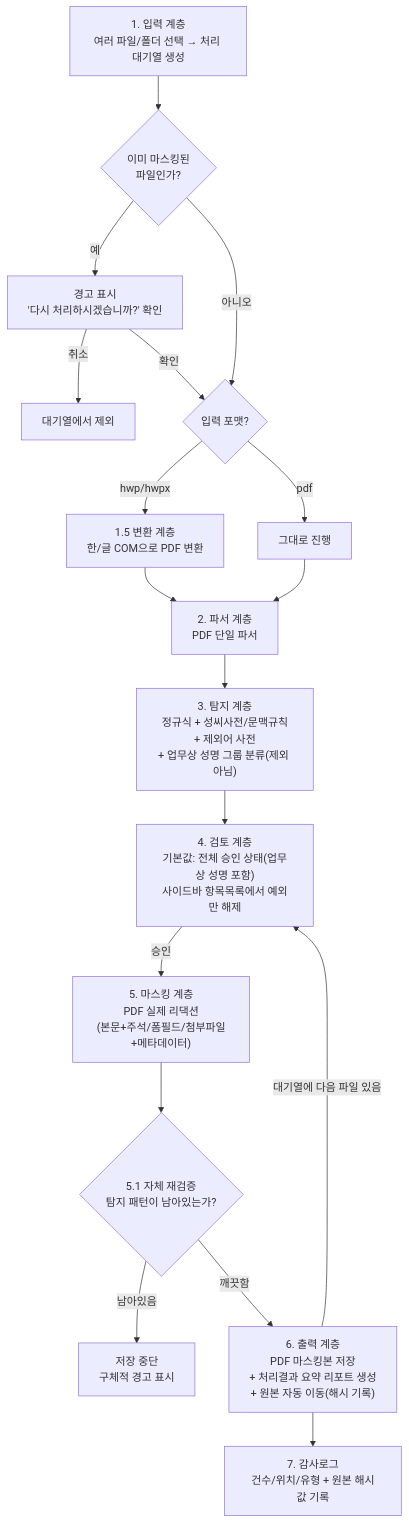
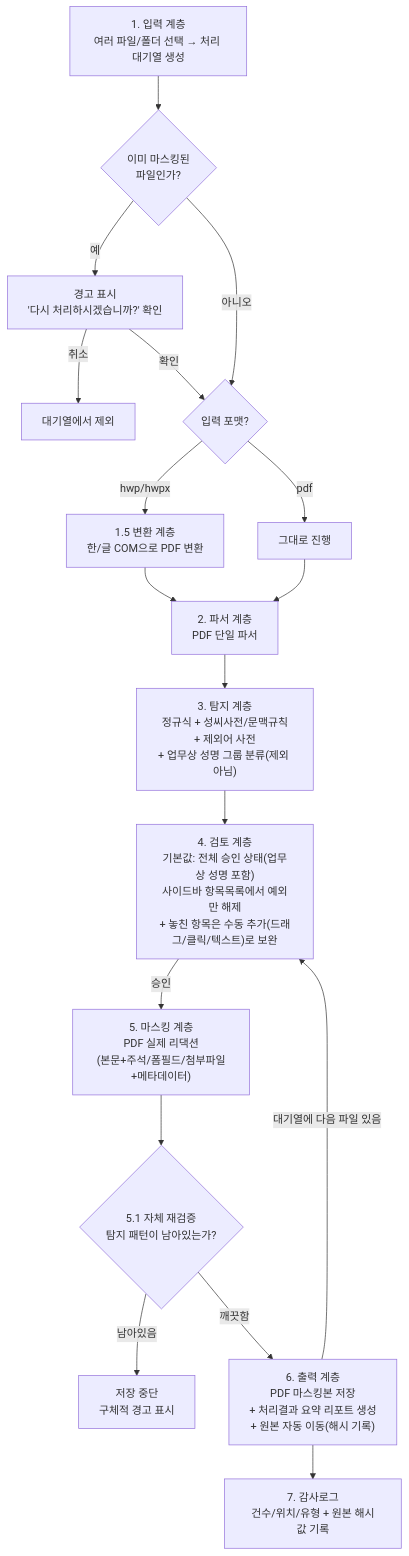
Before and after one commit to haechyaning-commits/ar: the diagram in docs/masking-architecture.md, drawn with Mermaid. The commit also changed other lines of this file, not shown here.

Commit message:
Sync v14 re-eval callout and section-5 diagram with actual doc state
The 12-header callout added when bumping to v14 still told the reader
to redo the evaluation "at v13" -- stale the moment the version bump
that introduced it landed. Point it at "now" instead of a version
number that will just go stale again next bump.

Section 5's flowchart still described the review layer exactly as it
was pre-v13 ("전체승인 + 예외만 해제"), with no trace of manual
addition (6.3.1) even though 6.3.1 is designed as the primary
safeguard against detection misses. Added a line to the review-layer
node so the high-level picture doesn't contradict the detailed design
three sections later.

Claude-Session: https://claude.ai/code/session_01NfqS1WYWsQjJMBEHagKhc5

````diff
--- a/docs/masking-architecture.md
+++ b/docs/masking-architecture.md
@@ -43,20 +43,20 @@
 ```mermaid
 flowchart TD
     A["1. 입력 계층\n여러 파일/폴더 선택 → 처리 대기열 생성"] --> A2{"이미 마스킹된\n파일인가?"}
     A2 -->|예| A3["경고 표시\n'다시 처리하시겠습니까?' 확인"]
     A3 -->|취소| Z["대기열에서 제외"]
     A3 -->|확인| B0
     A2 -->|아니오| B0{"입력 포맷?"}
     B0 -->|hwp/hwpx| B1["1.5 변환 계층\n한/글 COM으로 PDF 변환"]
     B0 -->|pdf| B2["그대로 진행"]
     B1 --> B["2. 파서 계층\nPDF 단일 파서"]
     B2 --> B
     B --> C["3. 탐지 계층\n정규식 + 성씨사전/문맥규칙\n+ 제외어 사전\n+ 업무상 성명 그룹 분류(제외 아님)"]
-    C --> D["4. 검토 계층\n기본값: 전체 승인 상태(업무상 성명 포함)\n사이드바 항목목록에서 예외만 해제"]
+    C --> D["4. 검토 계층\n기본값: 전체 승인 상태(업무상 성명 포함)\n사이드바 항목목록에서 예외만 해제\n+ 놓친 항목은 수동 추가(드래그/클릭/텍스트)로 보완"]
     D -->|승인| E["5. 마스킹 계층\nPDF 실제 리댁션\n(본문+주석/폼필드/첨부파일+메타데이터)"]
     E --> H{"5.1 자체 재검증\n탐지 패턴이 남아있는가?"}
     H -->|남아있음| H2["저장 중단\n구체적 경고 표시"]
     H -->|깨끗함| F["6. 출력 계층\nPDF 마스킹본 저장\n+ 처리결과 요약 리포트 생성\n+ 원본 자동 이동(해시 기록)"]
     F --> G["7. 감사로그\n건수/위치/유형 + 원본 해시값 기록"]
     F -->|대기열에 다음 파일 있음| D
 ```
````
